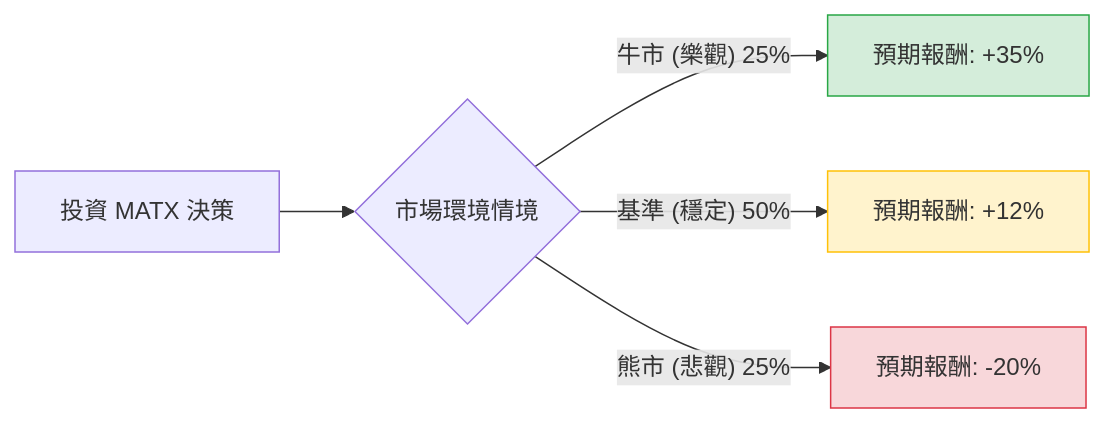
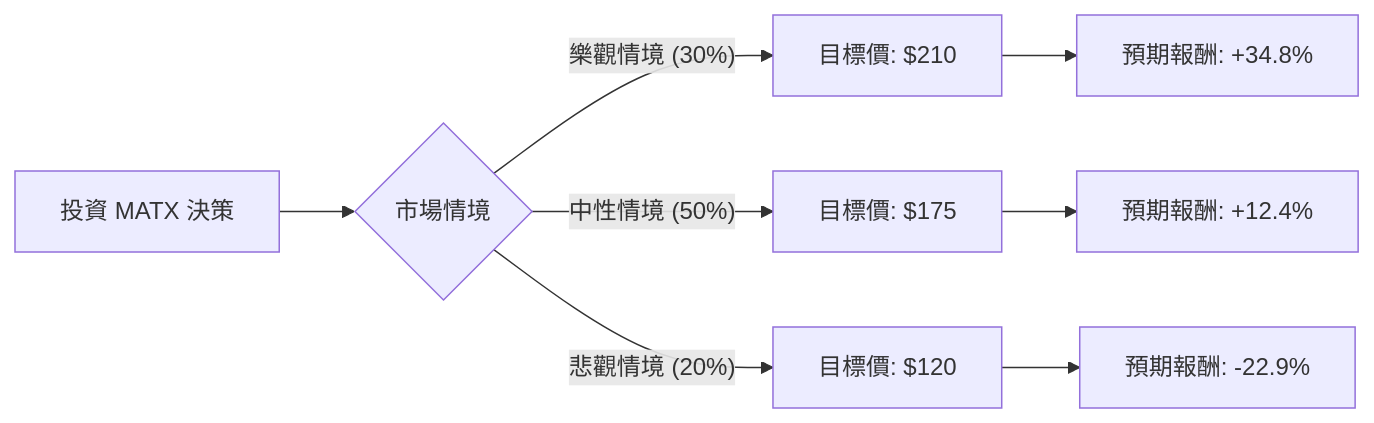
Before and after one commit to zmcx16/zmcx16.github.io: the diagram in plugin-react/ai-analysis/ev-analysis/MATX.md, drawn with Mermaid. The commit also changed other lines of this file and 77 other files, not shown here.

````diff
--- a/plugin-react/ai-analysis/ev-analysis/MATX.md
+++ b/plugin-react/ai-analysis/ev-analysis/MATX.md
@@ -26,12 +19,12 @@
 ```mermaid
 graph LR
-    A[投資 MATX 決策] --> B{市場環境情境}
+    A[投資 MATX 決策] --> B{市場情境}
     
-    B -- 牛市 (樂觀) 25% --> C[預期報酬: +35%]
-    B -- 基準 (穩定) 50% --> D[預期報酬: +12%]
-    B -- 熊市 (悲觀) 25% --> E[預期報酬: -20%]
+    B -- 樂觀情境 (30%) --> C[目標價: $210]
+    B -- 中性情境 (50%) --> D[目標價: $175]
+    B -- 悲觀情境 (20%) --> E[目標價: $120]
 
-    style C fill:#d4edda,stroke:#28a745
-    style D fill:#fff3cd,stroke:#ffc107
-    style E fill:#f8d7da,stroke:#dc3545
+    C --> F[預期報酬: +34.8%]
+    D --> G[預期報酬: +12.4%]
+    E --> H[預期報酬: -22.9%]
 ```
````
